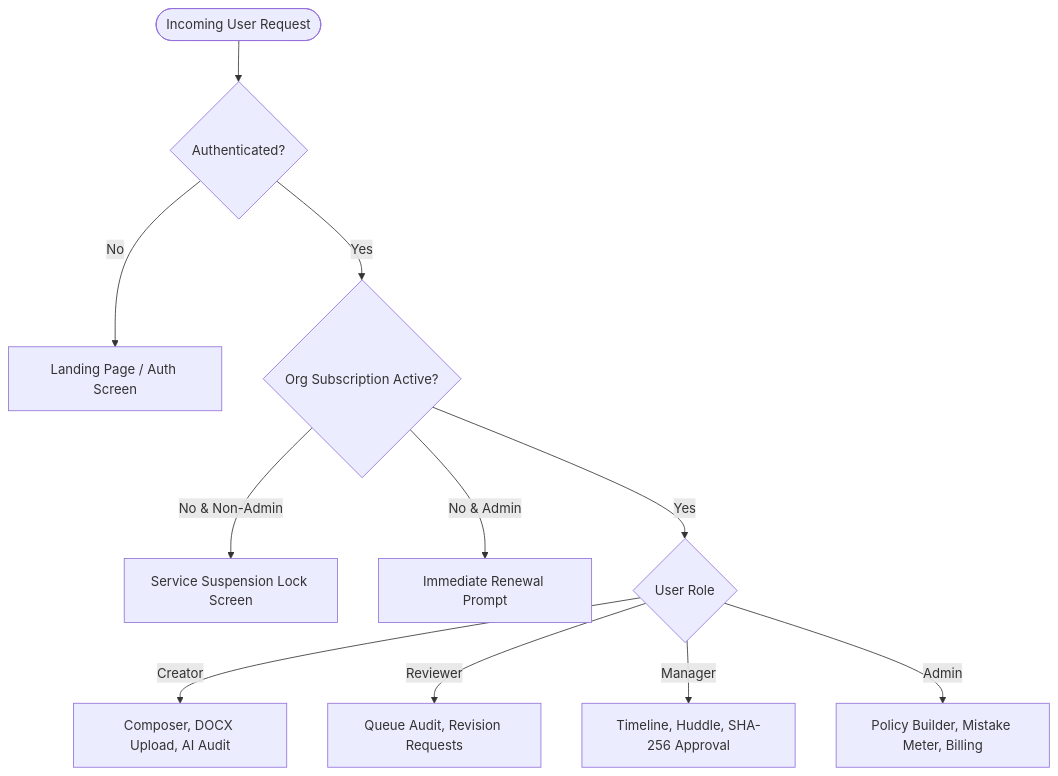
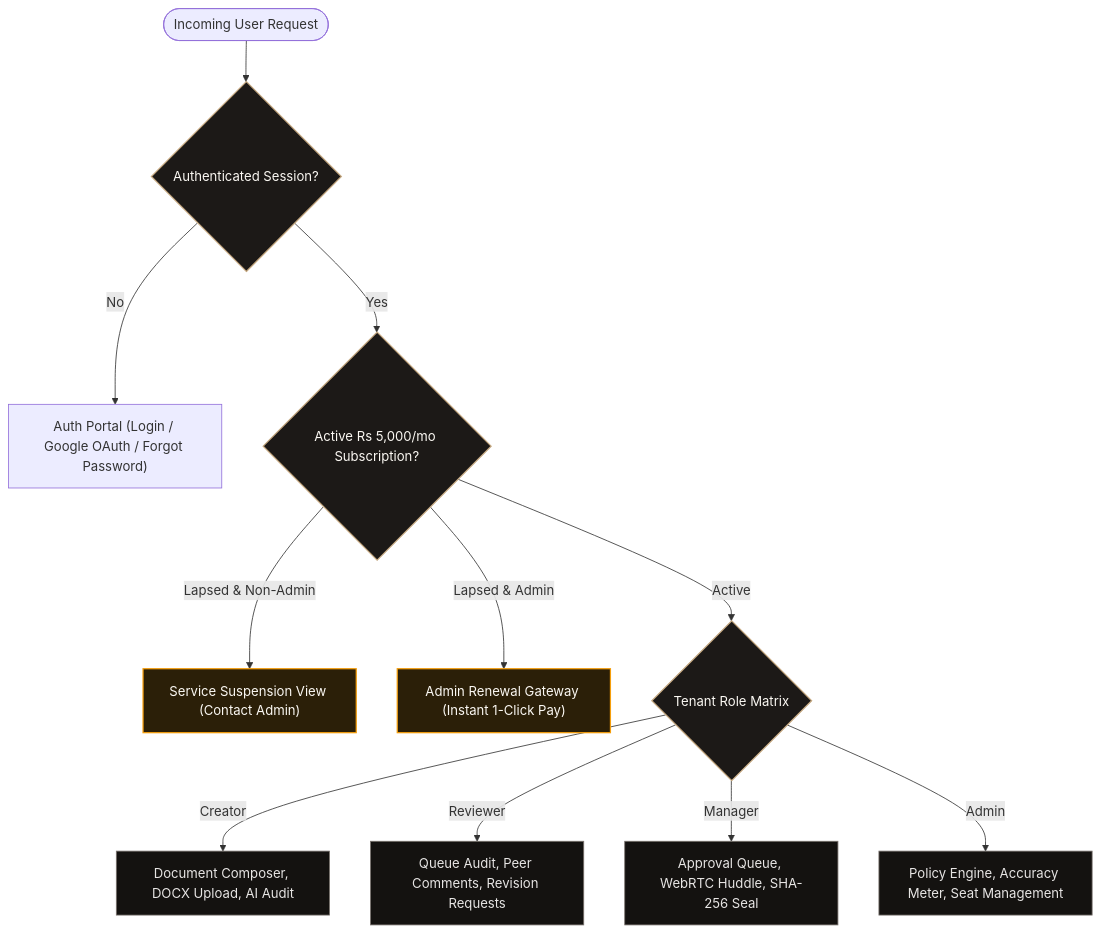
One commit to SmartyGamerZYT/VibeCheck-AI changed the first of 5 diagrams in Docs/Authentication &security.md. Above: the diagram before and after it, drawn with Mermaid. The commit also changed other lines of this file and 14 other files, not shown here.

````diff
--- a/Docs/Authentication &security.md
+++ b/Docs/Authentication &security.md
@@ -6,15 +19,22 @@
 ```mermaid
-graph TD
-    User([Incoming User Request]) --> AuthGate{Authenticated?}
-    AuthGate -->|No| Landing[Landing Page / Auth Screen]
-    AuthGate -->|Yes| SubCheck{Org Subscription Active?}
+flowchart TD
+    User([Incoming User Request]) --> AuthGate{"Authenticated Session?"}
+    AuthGate -- "No" --> AuthModal["Auth Portal (Login / Google OAuth / Forgot Password)"]
+    AuthGate -- "Yes" --> SubCheck{"Active Rs 5,000/mo Subscription?"}
     
-    SubCheck -->|No & Non-Admin| Lockout[Service Suspension Lock Screen]
-    SubCheck -->|No & Admin| RenewalBanner[Immediate Renewal Prompt]
-    SubCheck -->|Yes| RoleRouter{User Role}
+    SubCheck -- "Lapsed & Non-Admin" --> Lockout["Service Suspension View (Contact Admin)"]
+    SubCheck -- "Lapsed & Admin" --> RenewalBanner["Admin Renewal Gateway (Instant 1-Click Pay)"]
+    SubCheck -- "Active" --> RoleRouter{"Tenant Role Matrix"}
     
-    RoleRouter -->|Creator| CreatorView[Composer, DOCX Upload, AI Audit]
-    RoleRouter -->|Reviewer| ReviewerView[Queue Audit, Revision Requests]
-    RoleRouter -->|Manager| ManagerView[Timeline, Huddle, SHA-256 Approval]
-    RoleRouter -->|Admin| AdminView[Policy Builder, Mistake Meter, Billing]
+    RoleRouter -- "Creator" --> CreatorView["Document Composer, DOCX Upload, AI Audit"]
+    RoleRouter -- "Reviewer" --> ReviewerView["Queue Audit, Peer Comments, Revision Requests"]
+    RoleRouter -- "Manager" --> ManagerView["Approval Queue, WebRTC Huddle, SHA-256 Seal"]
+    RoleRouter -- "Admin" --> AdminView["Policy Engine, Accuracy Meter, Seat Management"]
+
+    classDef gate fill:#1C1917,stroke:#C5A880,stroke-width:1.5px,color:#FBF8F3;
+    classDef view fill:#141210,stroke:#78716C,stroke-width:1px,color:#E7E5E4;
+    classDef alert fill:#2B1F08,stroke:#F59E0B,stroke-width:1.5px,color:#FBF8F3;
+    class AuthGate,SubCheck,RoleRouter gate;
+    class CreatorView,ReviewerView,ManagerView,AdminView view;
+    class Lockout,RenewalBanner alert;
 ```
````
